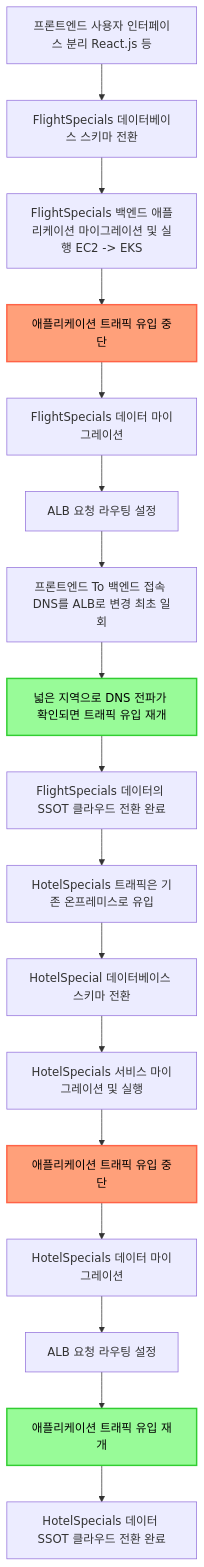
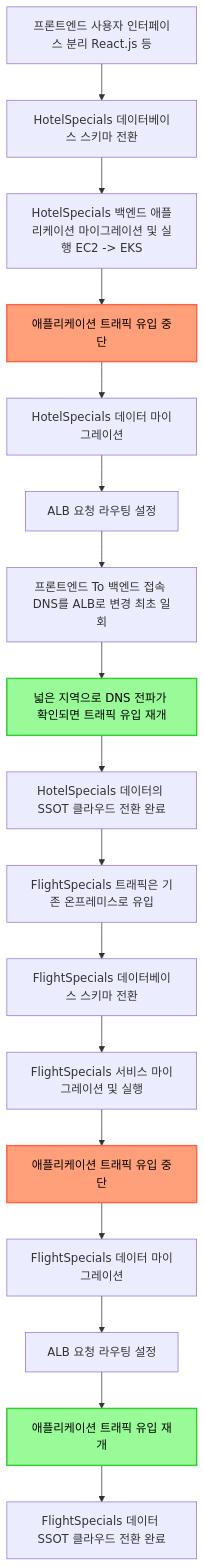
Before and after one commit to shkim4u/aws-database-migration: the diagram in docs/refactor-application-database/cloud-migration-workflow.mermaid, drawn with Mermaid. The commit also changed 22 other files, not shown here.

```diff
--- a/docs/refactor-application-database/cloud-migration-workflow.mermaid
+++ b/docs/refactor-application-database/cloud-migration-workflow.mermaid
@@ -1,22 +1,22 @@
 graph TD
-    A[프론트엔드 사용자 인터페이스 분리 React.js 등] --> B[FlightSpecials 데이터베이스 스키마 전환]
-    B --> C[FlightSpecials 백엔드 애플리케이션 마이그레이션 및 실행 EC2 -> EKS]
+    A[프론트엔드 사용자 인터페이스 분리 React.js 등] --> B[HotelSpecials 데이터베이스 스키마 전환]
+    B --> C[HotelSpecials 백엔드 애플리케이션 마이그레이션 및 실행 EC2 -> EKS]
     C --> D[애플리케이션 트래픽 유입 중단]
-    D --> E[FlightSpecials 데이터 마이그레이션]
+    D --> E[HotelSpecials 데이터 마이그레이션]
     E --> F[ALB 요청 라우팅 설정]
     F --> G[프론트엔드 To 백엔드 접속 DNS를 ALB로 변경 최초 일회]
     G --> H[넓은 지역으로 DNS 전파가 확인되면 트래픽 유입 재개]
-    H --> I[FlightSpecials 데이터의 SSOT 클라우드 전환 완료]
-    I --> J[HotelSpecials 트래픽은 기존 온프레미스로 유입]
-    J --> K[HotelSpecial 데이터베이스 스키마 전환]
-    K --> L[HotelSpecials 서비스 마이그레이션 및 실행]
+    H --> I[HotelSpecials 데이터의 SSOT 클라우드 전환 완료]
+    I --> J[FlightSpecials 트래픽은 기존 온프레미스로 유입]
+    J --> K[FlightSpecials 데이터베이스 스키마 전환]
+    K --> L[FlightSpecials 서비스 마이그레이션 및 실행]
     L --> M[애플리케이션 트래픽 유입 중단]
-    M --> N[HotelSpecials 데이터 마이그레이션]
+    M --> N[FlightSpecials 데이터 마이그레이션]
     N --> O[ALB 요청 라우팅 설정]
     O --> P[애플리케이션 트래픽 유입 재개]
-    P --> Q[HotelSpecials 데이터 SSOT 클라우드 전환 완료]
+    P --> Q[FlightSpecials 데이터 SSOT 클라우드 전환 완료]
 
     style D fill:#FFA07A,stroke:#FF6347,stroke-width:2px,color:#000000
     style H fill:#98FB98,stroke:#32CD32,stroke-width:2px,color:#000000
     style M fill:#FFA07A,stroke:#FF6347,stroke-width:2px,color:#000000
     style P fill:#98FB98,stroke:#32CD32,stroke-width:2px,color:#000000
```
